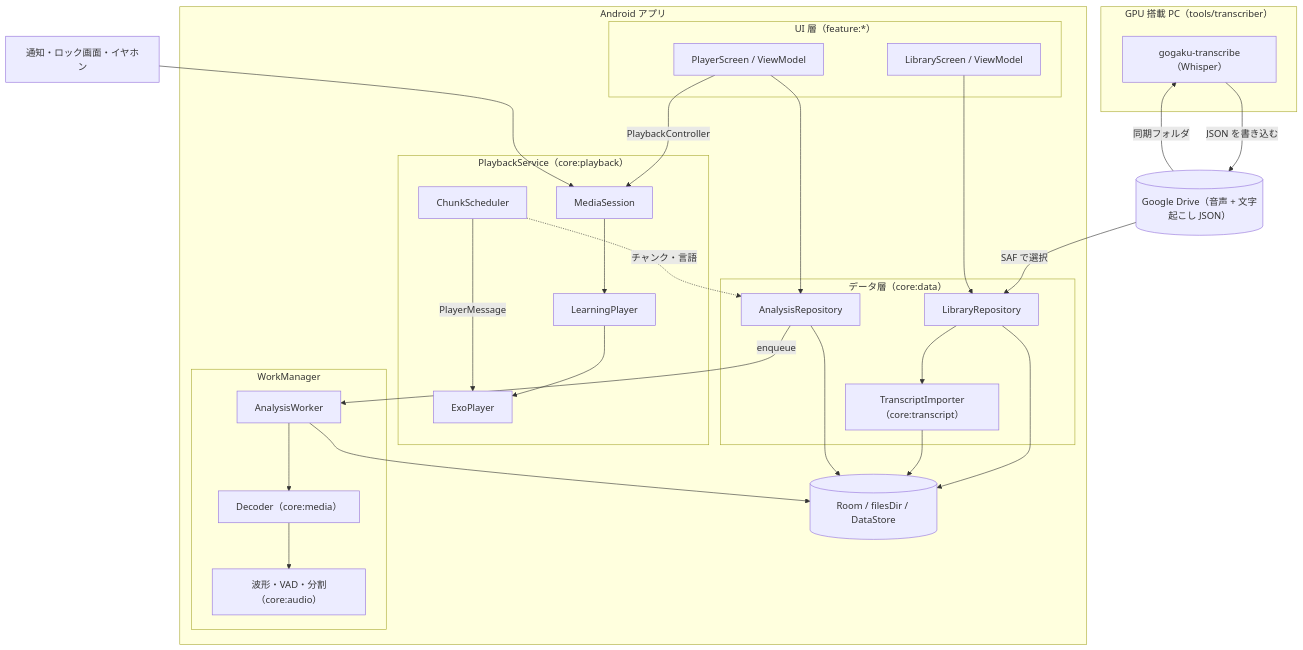
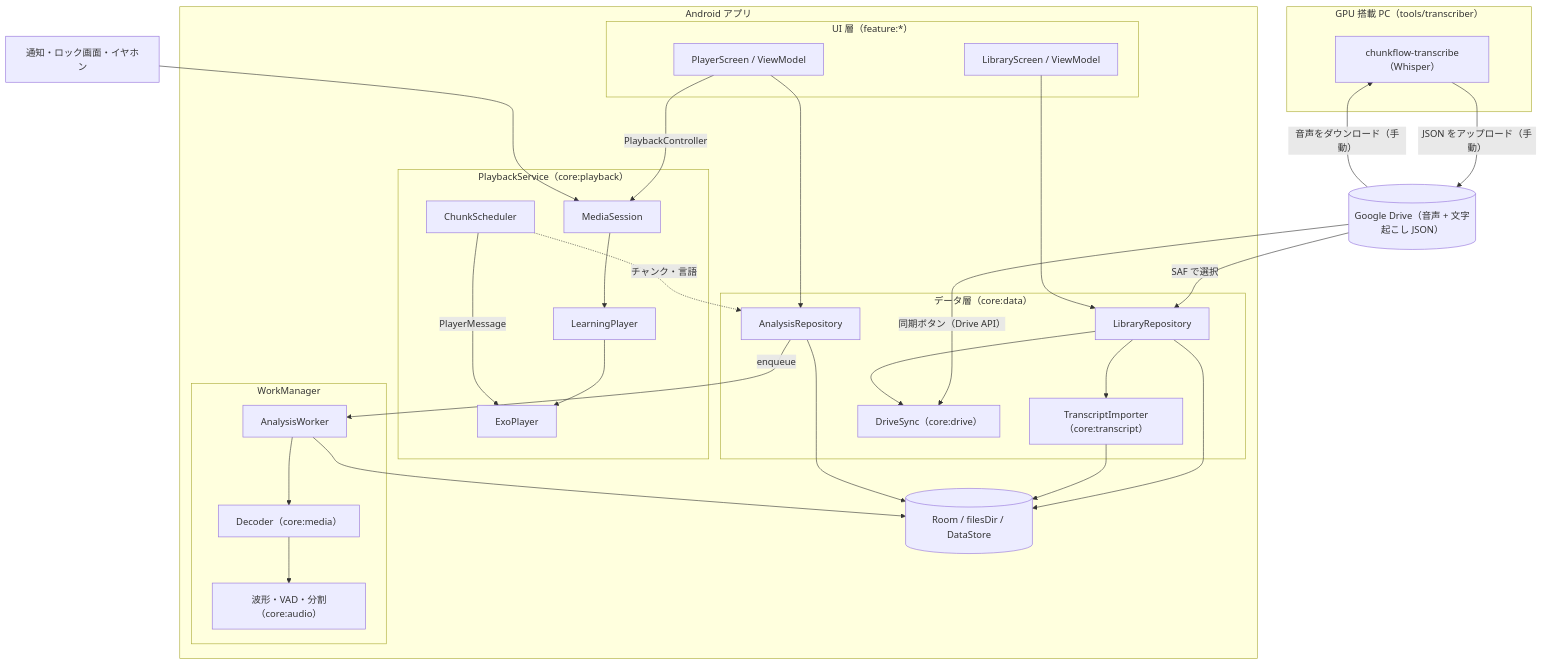
Before and after one commit to miuraken/chunk-flow: the first of 2 diagrams in design_doc.md, drawn with Mermaid. The commit also changed other lines of this file, not shown here.

````diff
--- a/design_doc.md
+++ b/design_doc.md
@@ -205,49 +211,52 @@
 ```mermaid
 flowchart TB
     subgraph PCSIDE["GPU 搭載 PC（tools/transcriber）"]
-        TOOL["gogaku-transcribe（Whisper）"]
+        TOOL["chunkflow-transcribe（Whisper）"]
     end
     GD[("Google Drive（音声 + 文字起こし JSON）")]
     subgraph APP["Android アプリ"]
         subgraph UIL["UI 層（feature:*）"]
             LS["LibraryScreen / ViewModel"]
             PS["PlayerScreen / ViewModel"]
         end
         subgraph DATA["データ層（core:data）"]
             LR["LibraryRepository"]
             AR["AnalysisRepository"]
             TI["TranscriptImporter（core:transcript）"]
+            DRV["DriveSync（core:drive）"]
         end
         subgraph SVC["PlaybackService（core:playback）"]
             MS["MediaSession"]
             LP["LearningPlayer"]
             EXO["ExoPlayer"]
             CS["ChunkScheduler"]
         end
         subgraph WM["WorkManager"]
             AW["AnalysisWorker"]
             DEC["Decoder（core:media）"]
             DSP["波形・VAD・分割（core:audio）"]
         end
         DB[("Room / filesDir / DataStore")]
     end
     SYS["通知・ロック画面・イヤホン"]
 
-    GD -->|"同期フォルダ"| TOOL
-    TOOL -->|"JSON を書き込む"| GD
+    GD -->|"音声をダウンロード（手動）"| TOOL
+    TOOL -->|"JSON をアップロード（手動）"| GD
     GD -->|"SAF で選択"| LR
+    GD -->|"同期ボタン（Drive API）"| DRV
+    LR --> DRV
     LS --> LR
     PS --> AR
     PS -->|"PlaybackController"| MS
     SYS --> MS
     MS --> LP --> EXO
     CS -->|"PlayerMessage"| EXO
     CS -.->|"チャンク・言語"| AR
     LR --> TI
     LR --> DB
     TI --> DB
     AR --> DB
     AR -->|"enqueue"| AW
     AW --> DEC --> DSP
     AW --> DB
 ```
````
